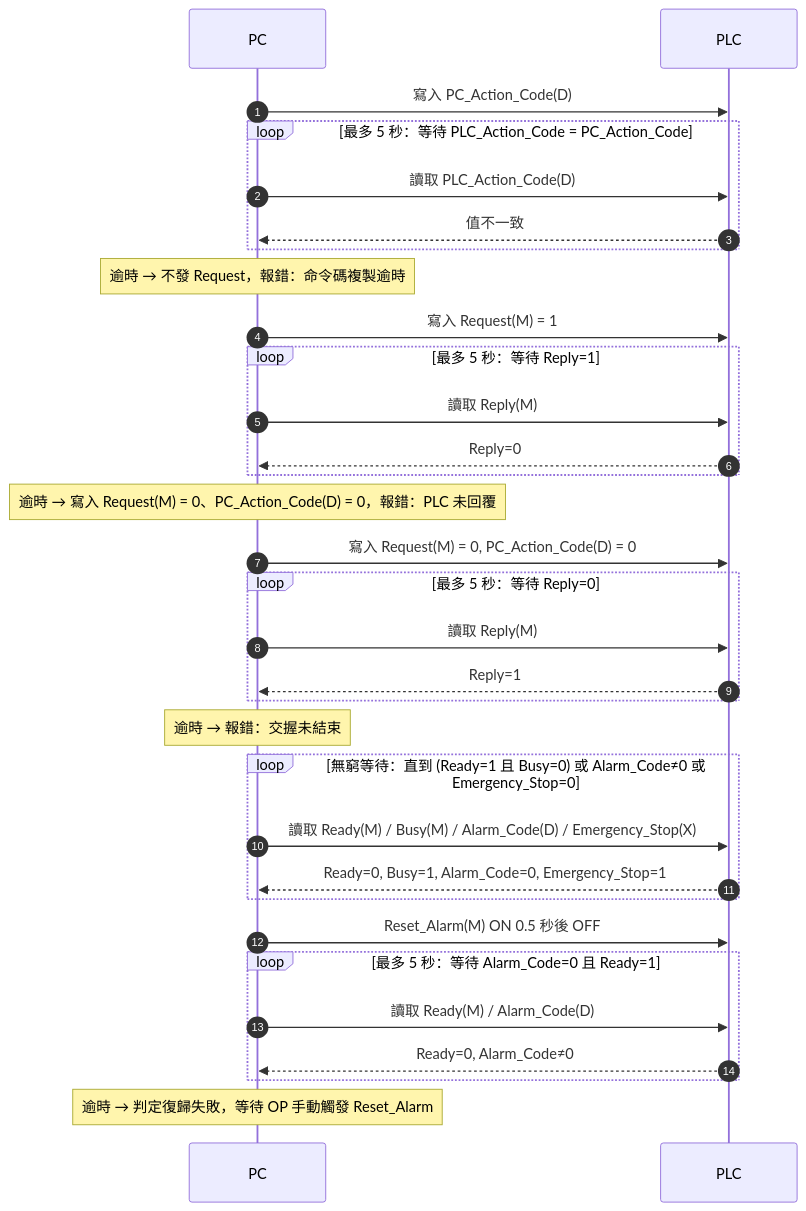
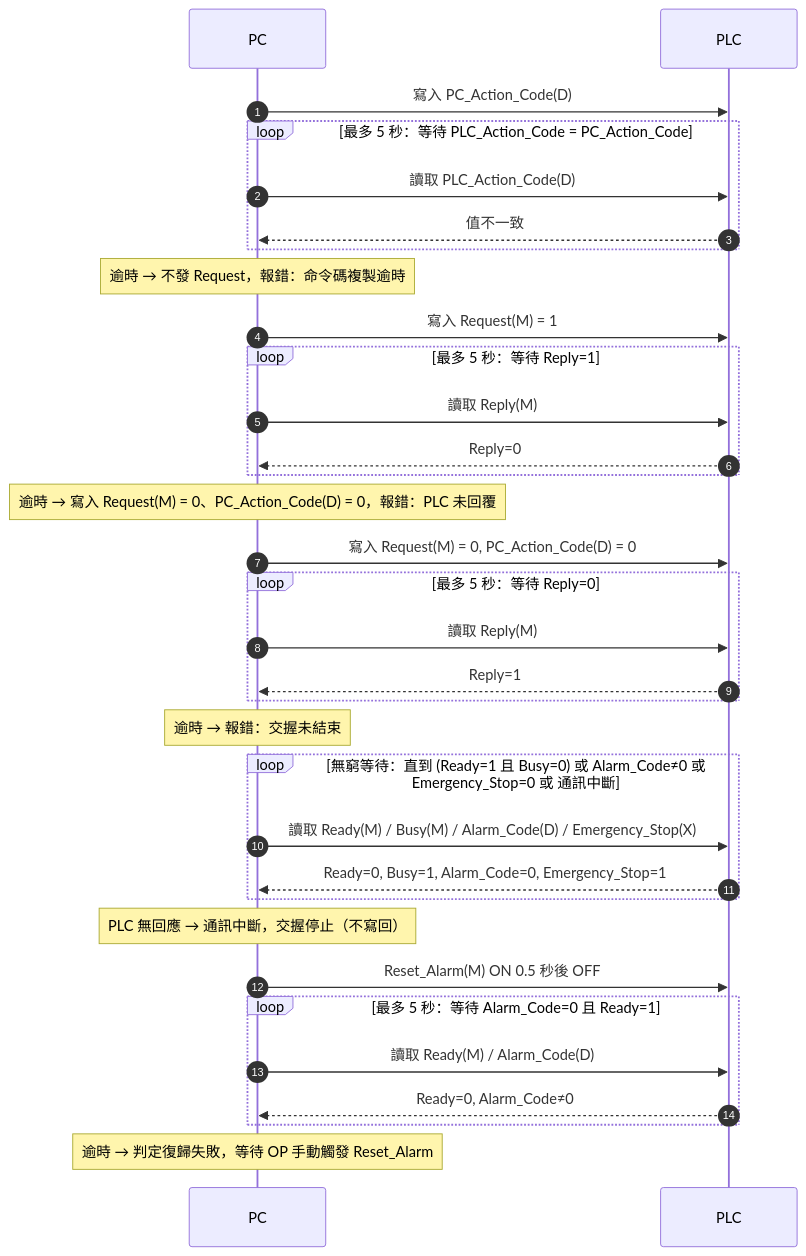
One commit to Jimengyi/PLC-and-PL-Modbus-Motion changed the fourth of 8 diagrams in docs/PLC_PC_Modbus_通訊規格.md. Above: the diagram before and after it, drawn with Mermaid. The commit also changed other lines of this file, not shown here.

````diff
--- a/docs/PLC_PC_Modbus_通訊規格.md
+++ b/docs/PLC_PC_Modbus_通訊規格.md
@@ -371,39 +376,40 @@
 ```mermaid
 sequenceDiagram
     autonumber
     participant PC
     participant PLC
 
     PC->>PLC: 寫入 PC_Action_Code(D)
     loop 最多 5 秒：等待 PLC_Action_Code = PC_Action_Code
         PC->>PLC: 讀取 PLC_Action_Code(D)
         PLC-->>PC: 值不一致
     end
     Note over PC: 逾時 → 不發 Request，報錯：命令碼複製逾時
 
     PC->>PLC: 寫入 Request(M) = 1
     loop 最多 5 秒：等待 Reply=1
         PC->>PLC: 讀取 Reply(M)
         PLC-->>PC: Reply=0
     end
     Note over PC: 逾時 → 寫入 Request(M) = 0、PC_Action_Code(D) = 0，報錯：PLC 未回覆
 
     PC->>PLC: 寫入 Request(M) = 0, PC_Action_Code(D) = 0
     loop 最多 5 秒：等待 Reply=0
         PC->>PLC: 讀取 Reply(M)
         PLC-->>PC: Reply=1
     end
     Note over PC: 逾時 → 報錯：交握未結束
 
-    loop 無窮等待：直到 (Ready=1 且 Busy=0) 或 Alarm_Code≠0 或 Emergency_Stop=0
+    loop 無窮等待：直到 (Ready=1 且 Busy=0) 或 Alarm_Code≠0 或 Emergency_Stop=0 或 通訊中斷
         PC->>PLC: 讀取 Ready(M) / Busy(M) / Alarm_Code(D) / Emergency_Stop(X)
         PLC-->>PC: Ready=0, Busy=1, Alarm_Code=0, Emergency_Stop=1
     end
+    Note over PC: PLC 無回應 → 通訊中斷，交握停止（不寫回）
 
     PC->>PLC: Reset_Alarm(M) ON 0.5 秒後 OFF
     loop 最多 5 秒：等待 Alarm_Code=0 且 Ready=1
         PC->>PLC: 讀取 Ready(M) / Alarm_Code(D)
         PLC-->>PC: Ready=0, Alarm_Code≠0
     end
     Note over PC: 逾時 → 判定復歸失敗，等待 OP 手動觸發 Reset_Alarm
 ```
````
